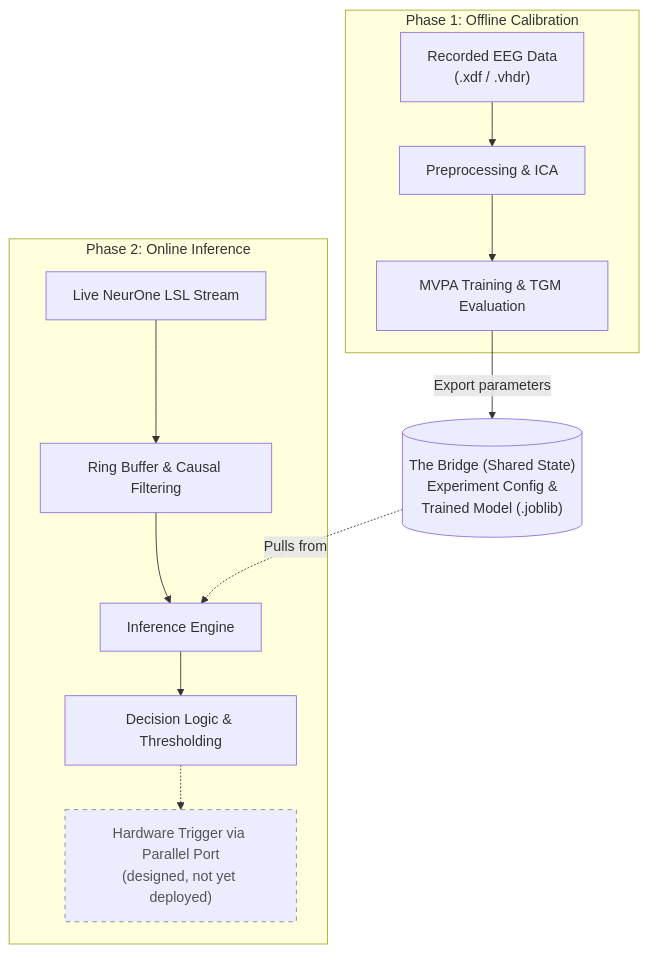
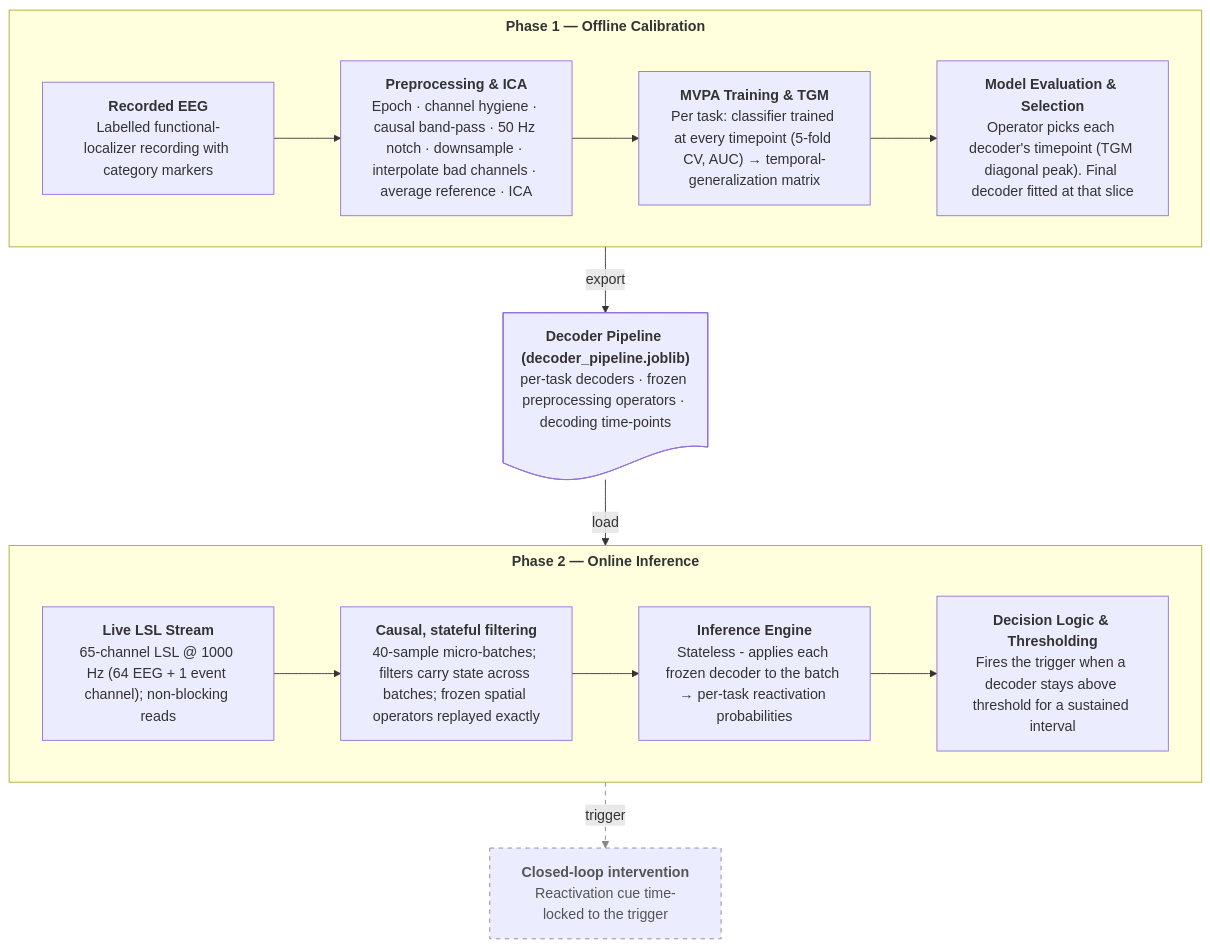
Before and after one commit to roiguri/live-reactivation-decoder: the second of 2 diagrams in docs/diagrams/Project Diagrams Blueprints.md, drawn with Mermaid. The commit also changed other lines of this file and 1 other file, not shown here.

Commit message:
docs(diagrams): redraw Figure 2 as two-phase swimlanes with copy
Replace the top-down bridge layout with two horizontal swimlanes (Phase 1
offline, Phase 2 online) and a document-shaped Decoder Pipeline
(decoder_pipeline.joblib) as the hand-off. Bold every title, add a
description to each box, drop the config node, and move the trigger inside
the online stage with the closed-loop intervention outside (dashed),
mirroring Figure 1. Regenerate figure2_architecture.png.

````diff
--- a/docs/diagrams/Project Diagrams Blueprints.md
+++ b/docs/diagrams/Project Diagrams Blueprints.md
@@ -93,26 +94,39 @@
 ```mermaid
-flowchart TD
-    subgraph Phase1["Phase 1: Offline Calibration"]
-        Data1["Recorded EEG Data<br>(.xdf / .vhdr)"]
-        Pre1["Preprocessing & ICA"]
-        Train1["MVPA Training & TGM Evaluation"]
-        Data1 --> Pre1 --> Train1
+---
+config:
+  flowchart:
+    subGraphTitleMargin:
+      top: 6
+      bottom: 16
+---
+flowchart TB
+    subgraph P1["<b>Phase 1 — Offline Calibration</b>"]
+        direction LR
+        Data1["<b>Recorded EEG</b><br>Labelled functional-localizer recording with category markers"]
+        Pre1["<b>Preprocessing & ICA</b><br>Epoch · channel hygiene · causal band-pass · 50 Hz notch · downsample · interpolate bad channels · average reference · ICA"]
+        Train1["<b>MVPA Training & TGM</b><br>Per task: classifier trained at every timepoint (5-fold CV, AUC) → temporal-generalization matrix"]
+        Sel1["<b>Model Evaluation & Selection</b><br>Operator picks each decoder's timepoint (TGM diagonal peak). Final decoder fitted at that slice"]
+        Data1 --> Pre1 --> Train1 --> Sel1
     end
 
-    Bridge[("The Bridge (Shared State)<br>Experiment Config &<br>Trained Model (.joblib)")]
+    Pipe@{ shape: doc, label: "<b>Decoder Pipeline (decoder_pipeline.joblib)</b><br>per-task decoders · frozen preprocessing operators · decoding time-points" }
 
-    subgraph Phase2["Phase 2: Online Inference"]
-        Stream2["Live NeurOne LSL Stream"]
-        Buff2["Ring Buffer & Causal Filtering"]
-        Inf2["Inference Engine"]
-        Dec2["Decision Logic & Thresholding"]
-        Trig2["Hardware Trigger via Parallel Port<br>(designed, not yet deployed)"]
-        Stream2 --> Buff2 --> Inf2 --> Dec2 -.-> Trig2
+    subgraph P2["<b>Phase 2 — Online Inference</b>"]
+        direction LR
+        Stream2["<b>Live LSL Stream</b><br>65-channel LSL @ 1000 Hz (64 EEG + 1 event channel); non-blocking reads"]
+        Filt2["<b>Causal, stateful filtering</b><br>40-sample micro-batches; filters carry state across batches; frozen spatial operators replayed exactly"]
+        Inf2["<b>Inference Engine</b><br>Stateless - applies each frozen decoder to the batch → per-task reactivation probabilities"]
+        Dec2["<b>Decision Logic & Thresholding</b><br>Fires the trigger when a decoder stays above threshold for a sustained interval"]
+        Stream2 --> Filt2 --> Inf2 --> Dec2
     end
 
-    Train1 -->|Export parameters| Bridge
-    Bridge -.->|Pulls from| Inf2
+    Interv["<b>Closed-loop intervention</b><br>Reactivation cue time-locked to the trigger"]
+
+    Sel1 -->|export| Pipe
+    Pipe -->|load| P2
+    Dec2 -->|trigger| Interv
 
     classDef future stroke:#888,stroke-dasharray: 5 5,color:#555;
-    class Trig2 future;
+    class Interv future;
+    linkStyle 8 stroke:#888,stroke-dasharray: 5 5;
 ```
````
